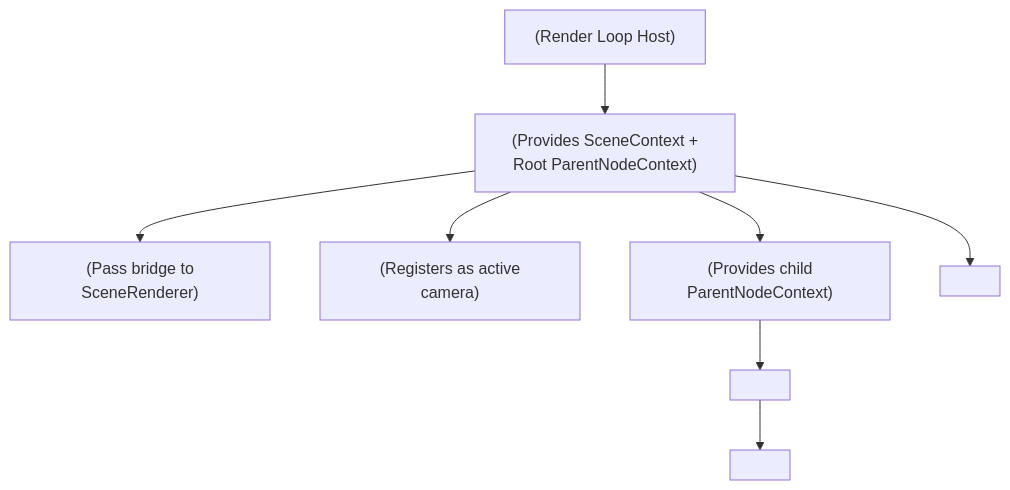
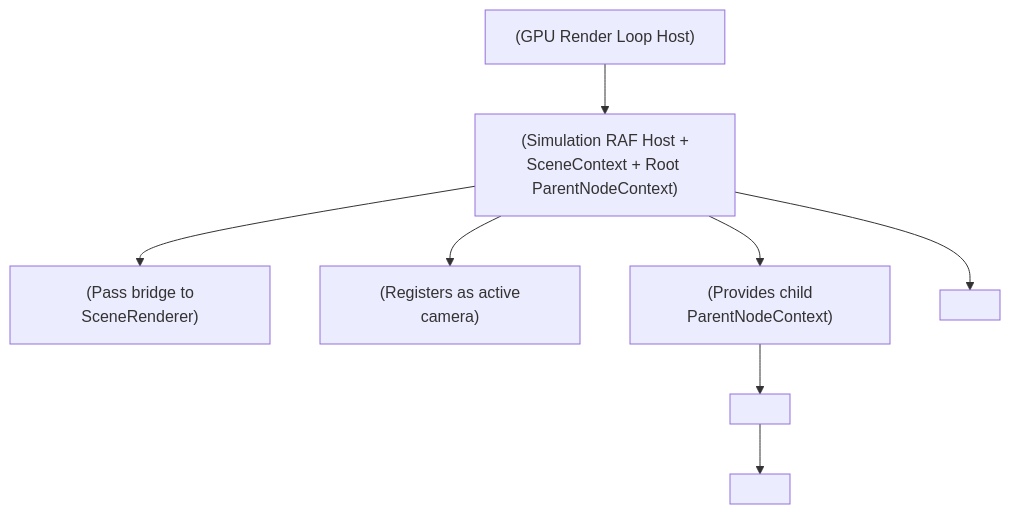
The first of 2 diagrams in src/scene/react/declarative_scene_design.md (ReeseJones/website_reesedrjones), drawn with Mermaid before and after one commit. The commit also changed other lines of this file and 4 other files, not shown here.

````diff
--- a/src/scene/react/declarative_scene_design.md
+++ b/src/scene/react/declarative_scene_design.md
@@ -21,19 +22,19 @@
 ```mermaid
 flowchart TD
-    Canvas["<WebGLCanvas /> (Render Loop Host)"]
-    Scene["<Scene /> (Provides SceneContext + Root ParentNodeContext)"]
+    Canvas["<WebGLCanvas /> (GPU Render Loop Host)"]
+    Scene["<Scene /> (Simulation RAF Host + SceneContext + Root ParentNodeContext)"]
     Pass["<ScenePass /> (Pass bridge to SceneRenderer)"]
     Camera["<PerspectiveCamera makeDefault /> (Registers as active camera)"]
     Group["<Group /> (Provides child ParentNodeContext)"]
     Model1["<ModelInstance geometry={shipGeo} material={shipMat} />"]
     Model2["<ModelInstance geometry={galaxyGeo} material={galaxyMat} />"]
     NestedModel["<ModelInstance geometry={turretGeo} material={turretMat} />"]
 
     Canvas --> Scene
     Scene --> Pass
     Scene --> Camera
     Scene --> Group
     Scene --> Model2
     Group --> Model1
     Model1 --> NestedModel
 ```
````
